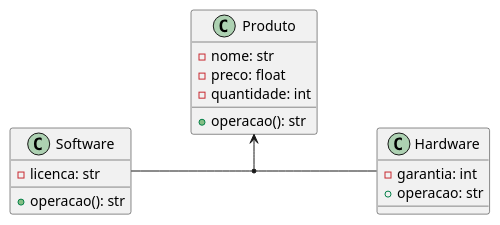
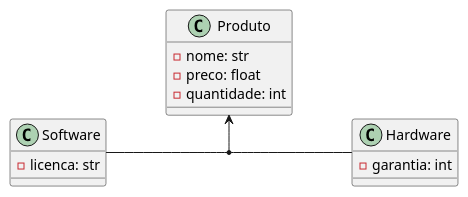
The diagram in AulasOOP/AulaOOP05/produto.puml (desucasas/DjangoPython), drawn with PlantUML before and after one commit. The commit also changed 2 other files, not shown here.

```diff
--- a/AulasOOP/AulaOOP05/produto.puml
+++ b/AulasOOP/AulaOOP05/produto.puml
@@ -1,25 +1,21 @@
 @startuml
 class Produto{
     - nome: str
     - preco: float
     - quantidade: int 
-    
-    + operacao(): str
 }
 
 class Software {
     - licenca: str
-    + operacao(): str
 }
 
 class Hardware{
     - garantia: int
-    + operacao: str 
 }
 
 
 left to right direction
 
 Produto <-- (Software, Hardware)
 
 @enduml 
```
